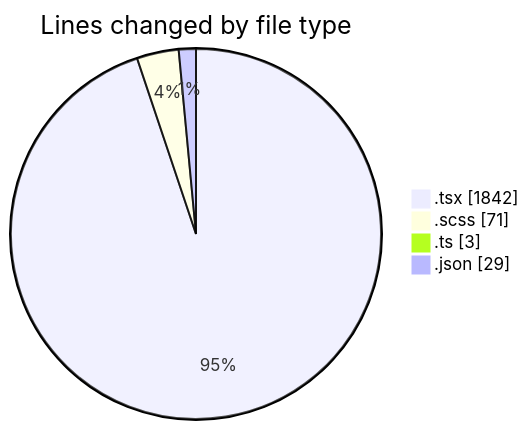
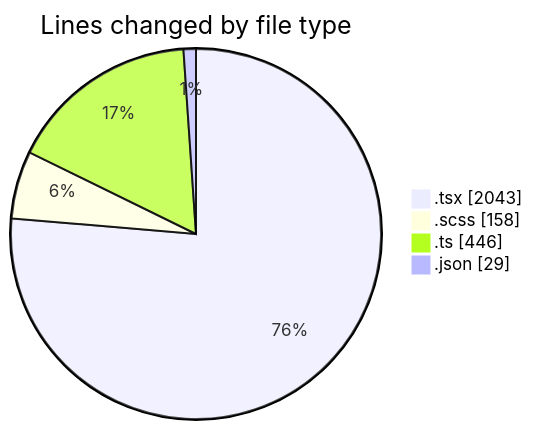
Before and after one commit to momahboobian/code-tracking: the first of 2 diagrams in 2026-09-04/cda/README.md, drawn with Mermaid. The commit also changed other lines of this file and 1 other file, not shown here.

````diff
--- a/2026-09-04/cda/README.md
+++ b/2026-09-04/cda/README.md
@@ -39,8 +55,8 @@
 ```mermaid
 pie showData
 title Lines changed by file type
-".tsx" : 1842
-".scss" : 71
-".ts" : 3
+".tsx" : 2043
+".scss" : 158
+".ts" : 446
 ".json" : 29
 ```
````
